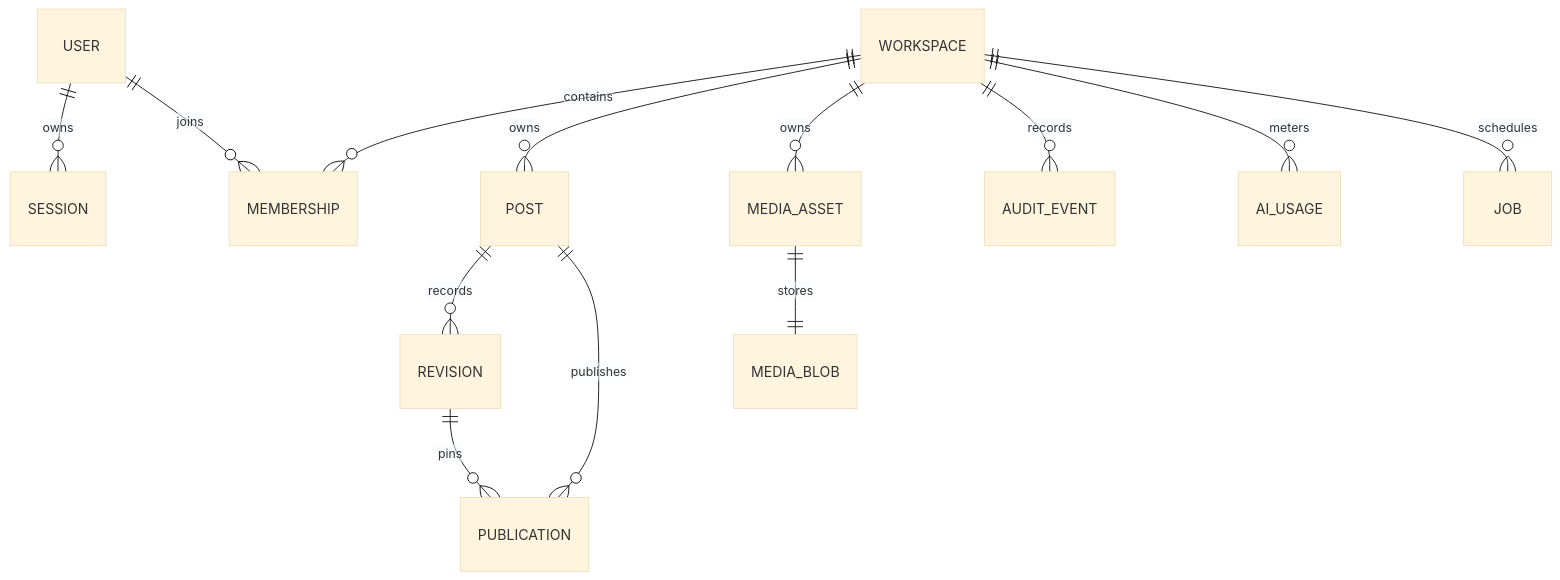
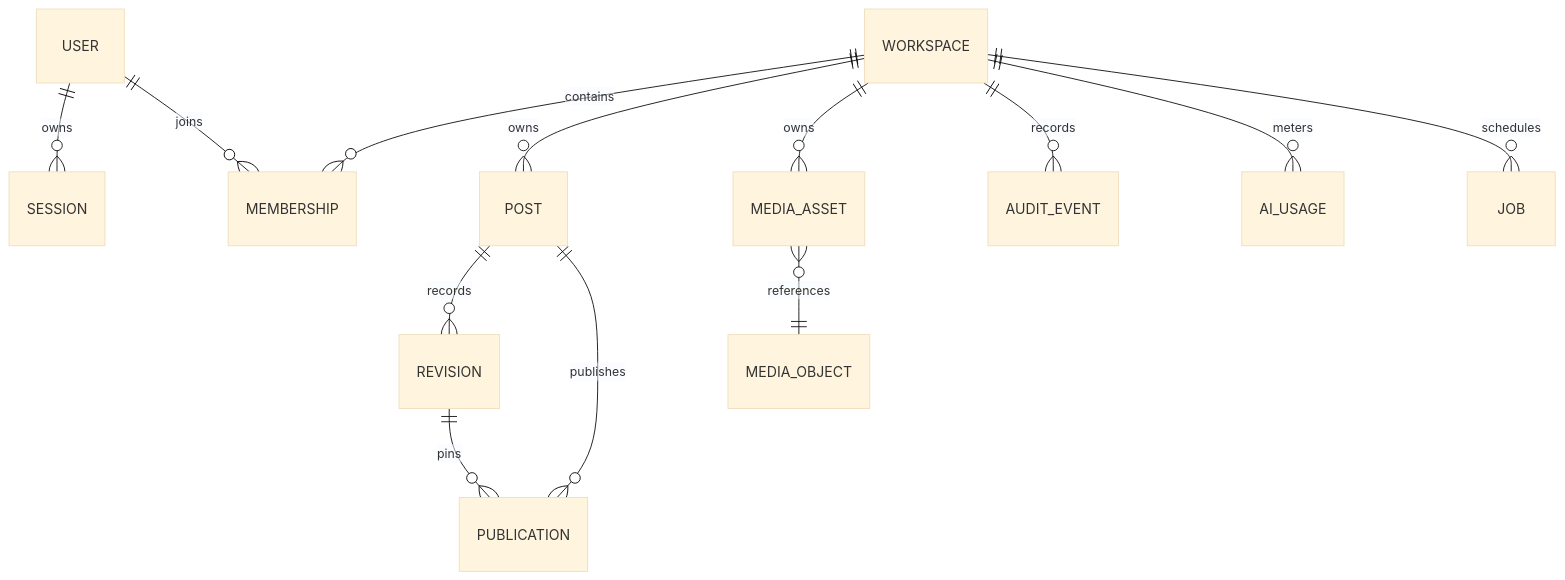
Before and after one commit to PatrickDev-it/AutoBlog-CMS: the diagram in docs/data-model.md, drawn with Mermaid (base theme). The commit also changed other lines of this file and 45 other files, not shown here.

````diff
--- a/docs/data-model.md
+++ b/docs/data-model.md
@@ -7,15 +7,15 @@
 ```mermaid
 erDiagram
   USER ||--o{ SESSION : owns
   USER ||--o{ MEMBERSHIP : joins
   WORKSPACE ||--o{ MEMBERSHIP : contains
   WORKSPACE ||--o{ POST : owns
   POST ||--o{ REVISION : records
   POST ||--o{ PUBLICATION : publishes
   REVISION ||--o{ PUBLICATION : pins
   WORKSPACE ||--o{ MEDIA_ASSET : owns
-  MEDIA_ASSET ||--|| MEDIA_BLOB : stores
+  MEDIA_ASSET }o--|| MEDIA_OBJECT : references
   WORKSPACE ||--o{ AUDIT_EVENT : records
   WORKSPACE ||--o{ AI_USAGE : meters
   WORKSPACE ||--o{ JOB : schedules
 ```
````
